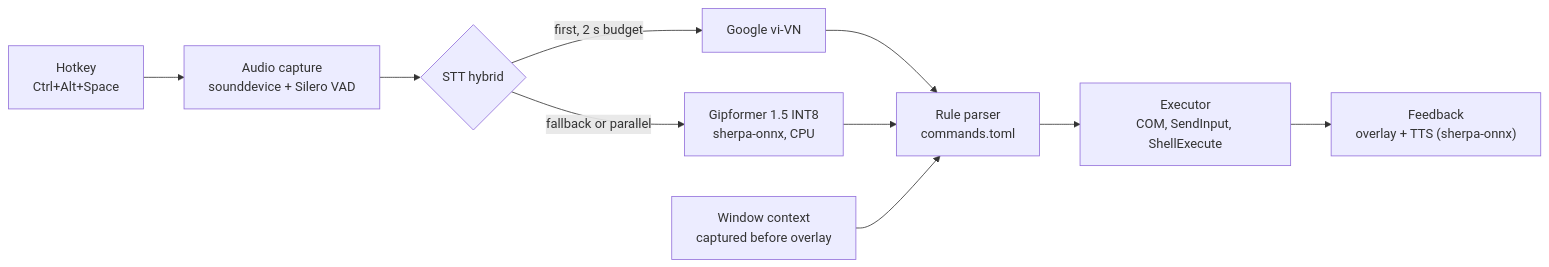
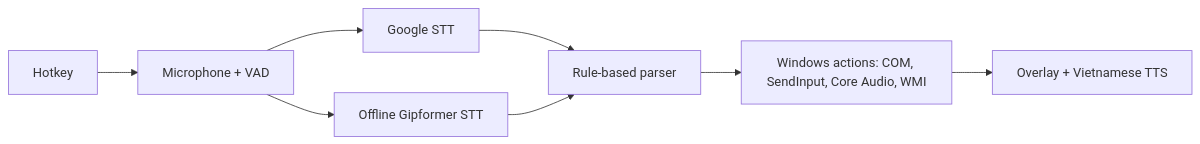
Before and after one commit to namnguyen0503/VoicePilot: the diagram in README.md, drawn with Mermaid. The commit also changed other lines of this file, not shown here.

````diff
--- a/README.md
+++ b/README.md
@@ -37,12 +45,10 @@
 ```mermaid
 flowchart LR
-    H["Hotkey<br/>Ctrl+Alt+Space"] --> A["Audio capture<br/>sounddevice + Silero VAD"]
-    A --> S{"STT hybrid"}
-    S -->|"first, 2 s budget"| G["Google vi-VN"]
-    S -->|"fallback or parallel"| O["Gipformer 1.5 INT8<br/>sherpa-onnx, CPU"]
-    G --> P["Rule parser<br/>commands.toml"]
+    H[Hotkey] --> A[Microphone + VAD]
+    A --> G[Google STT]
+    A --> O[Offline Gipformer STT]
+    G --> P[Rule-based parser]
     O --> P
-    C["Window context<br/>captured before overlay"] --> P
-    P --> E["Executor<br/>COM, SendInput, ShellExecute"]
-    E --> F["Feedback<br/>overlay + TTS (sherpa-onnx)"]
+    P --> E[Windows actions: COM, SendInput, Core Audio, WMI]
+    E --> F[Overlay + Vietnamese TTS]
 ```
````
